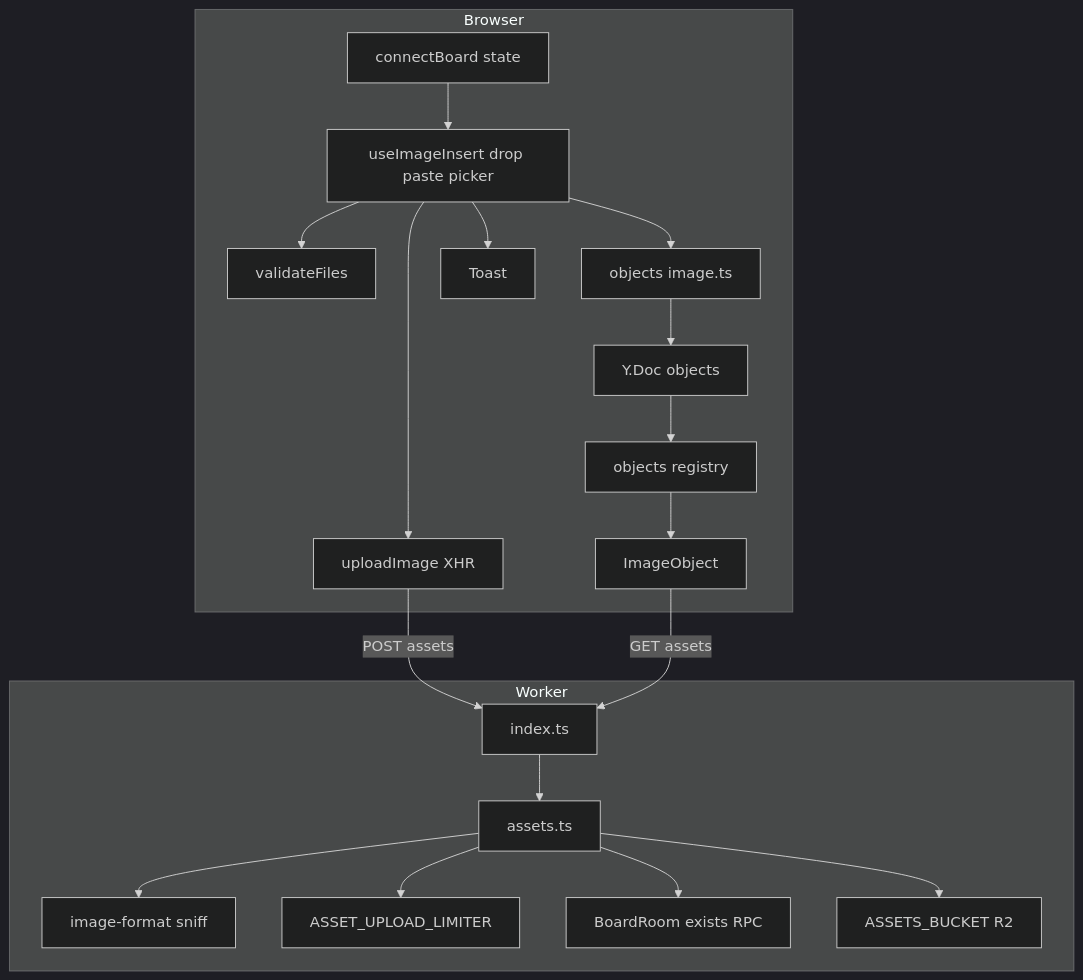
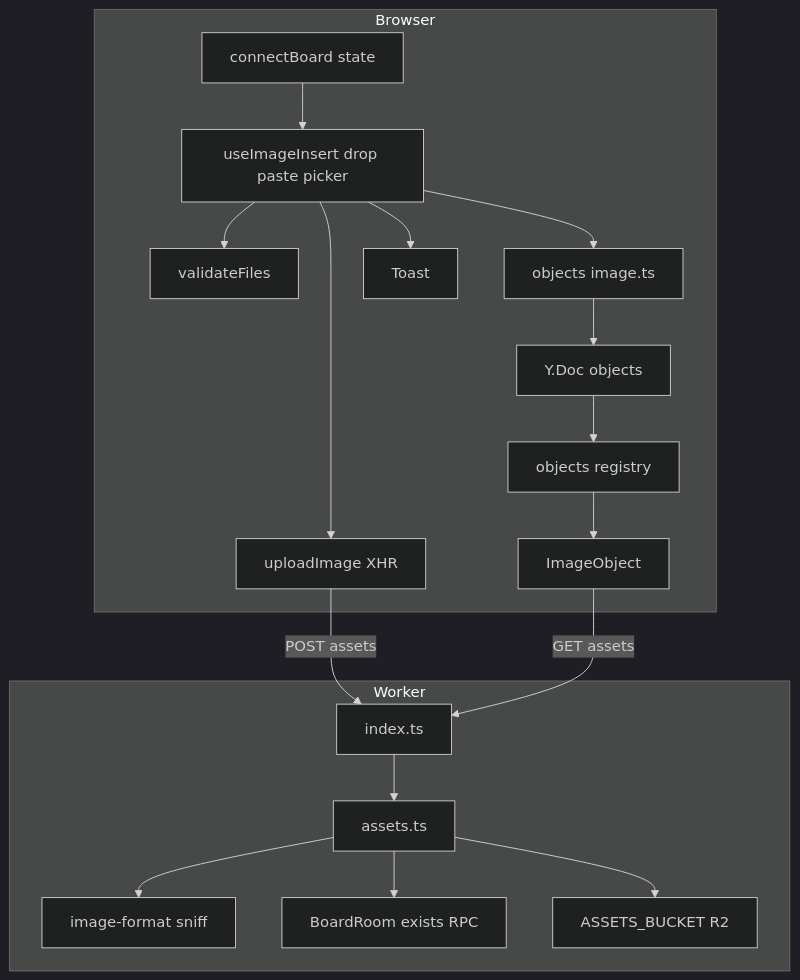
Before and after one commit to boxabirds/awesome-local-ai: the first of 7 diagrams in benchmarks/vidi/spec/stories/012-drop-images-onto-the-board/design.md, drawn with Mermaid (dark theme). The commit also changed other lines of this file and 12 other files, not shown here.

````diff
--- a/benchmarks/vidi/spec/stories/012-drop-images-onto-the-board/design.md
+++ b/benchmarks/vidi/spec/stories/012-drop-images-onto-the-board/design.md
@@ -60,22 +58,21 @@
 ```mermaid
 flowchart TD
     subgraph Browser
         Insert[useImageInsert drop paste picker] --> Validate[validateFiles]
         Insert --> Model[objects image.ts]
         Insert --> Upload[uploadImage XHR]
         Insert --> Toast[Toast]
         Model --> Doc[Y.Doc objects]
         Doc --> Registry[objects registry]
         Registry --> ImgC[ImageObject]
         Conn[connectBoard state] --> Insert
     end
     subgraph Worker
         Routes[index.ts] --> Assets[assets.ts]
         Assets --> Sniff[image-format sniff]
-        Assets --> Limiter[ASSET_UPLOAD_LIMITER]
         Assets --> Room[BoardRoom exists RPC]
         Assets --> R2[ASSETS_BUCKET R2]
     end
     Upload -->|POST assets| Routes
     ImgC -->|GET assets| Routes
 ```
````
